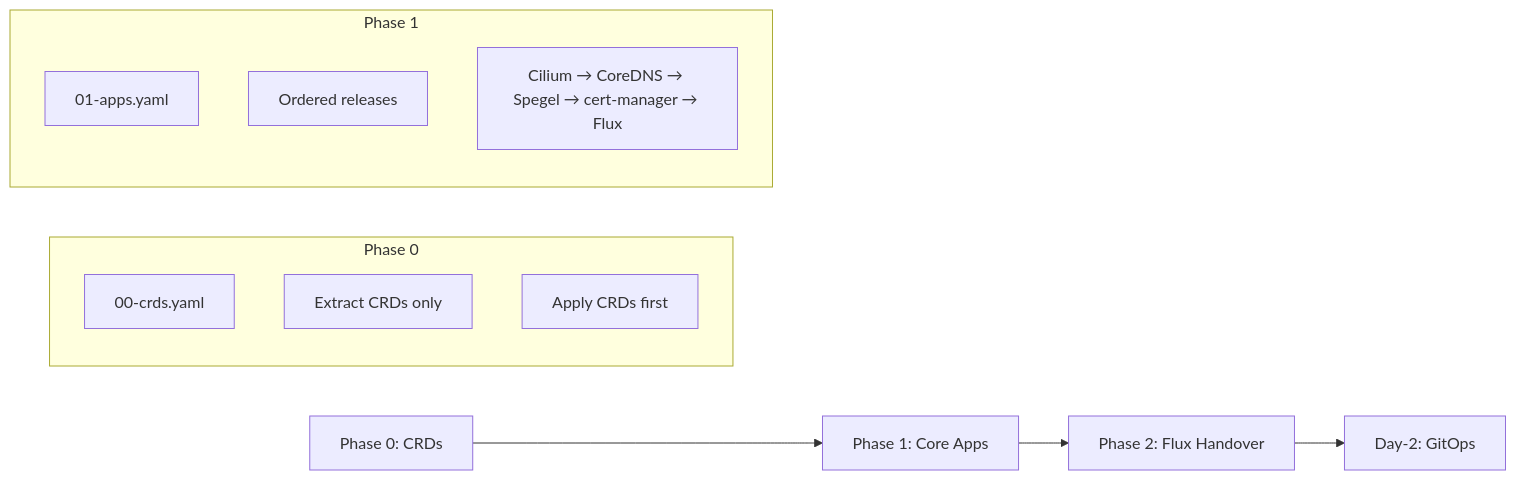
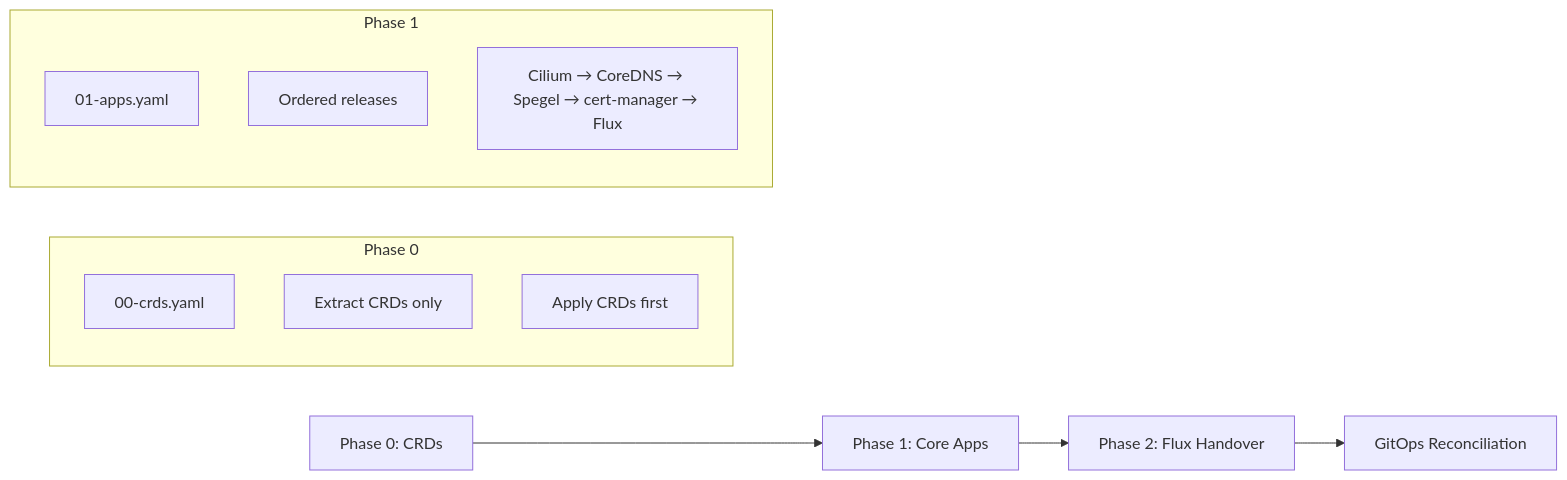
The third of 11 diagrams in docs/architecture.md (monosense-io/k8s-gitops), drawn with Mermaid before and after one commit. The commit also changed other lines of this file and 435 other files, not shown here.

````diff
--- a/docs/architecture.md
+++ b/docs/architecture.md
@@ -339,18 +886,18 @@
 ```mermaid
 graph LR
     A[Phase 0: CRDs] --> B[Phase 1: Core Apps]
     B --> C[Phase 2: Flux Handover]
-    C --> D[Day-2: GitOps]
+    C --> D[GitOps Reconciliation]
 
     subgraph "Phase 0"
         A1[00-crds.yaml]
         A2[Extract CRDs only]
         A3[Apply CRDs first]
     end
 
     subgraph "Phase 1"
         B1[01-apps.yaml]
         B2[Ordered releases]
         B3[Cilium → CoreDNS → Spegel → cert-manager → Flux]
     end
 ```
````
